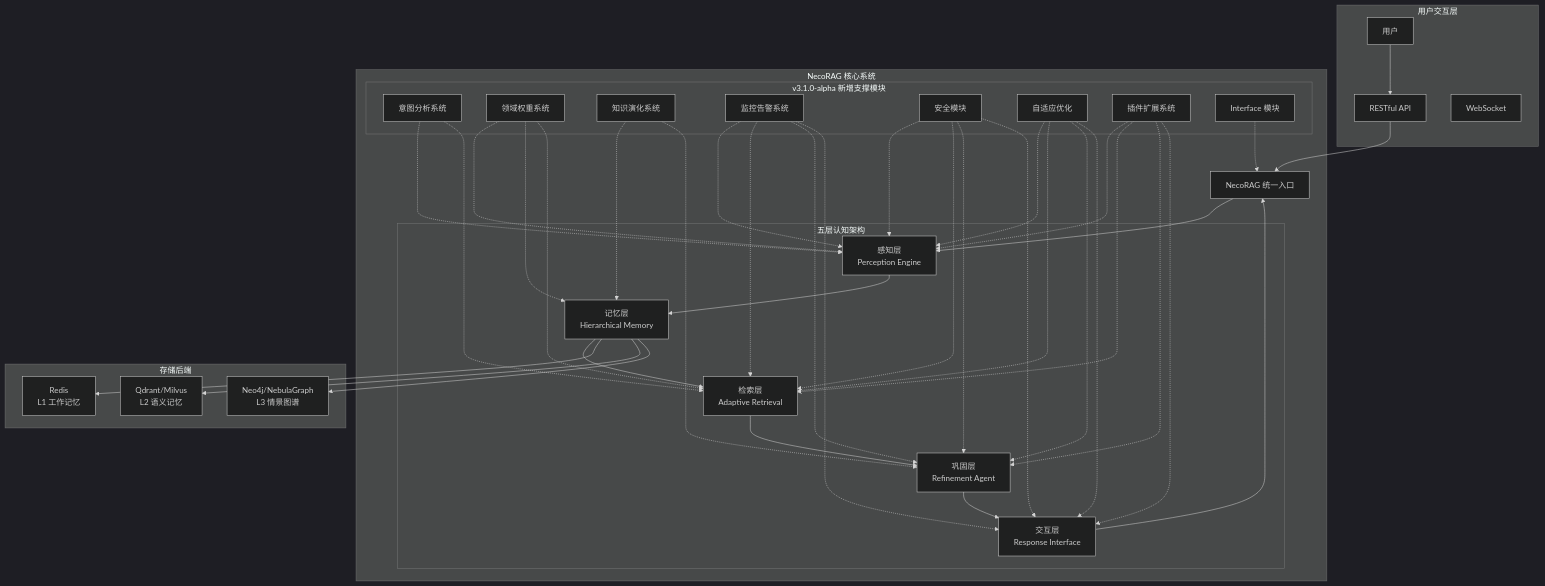
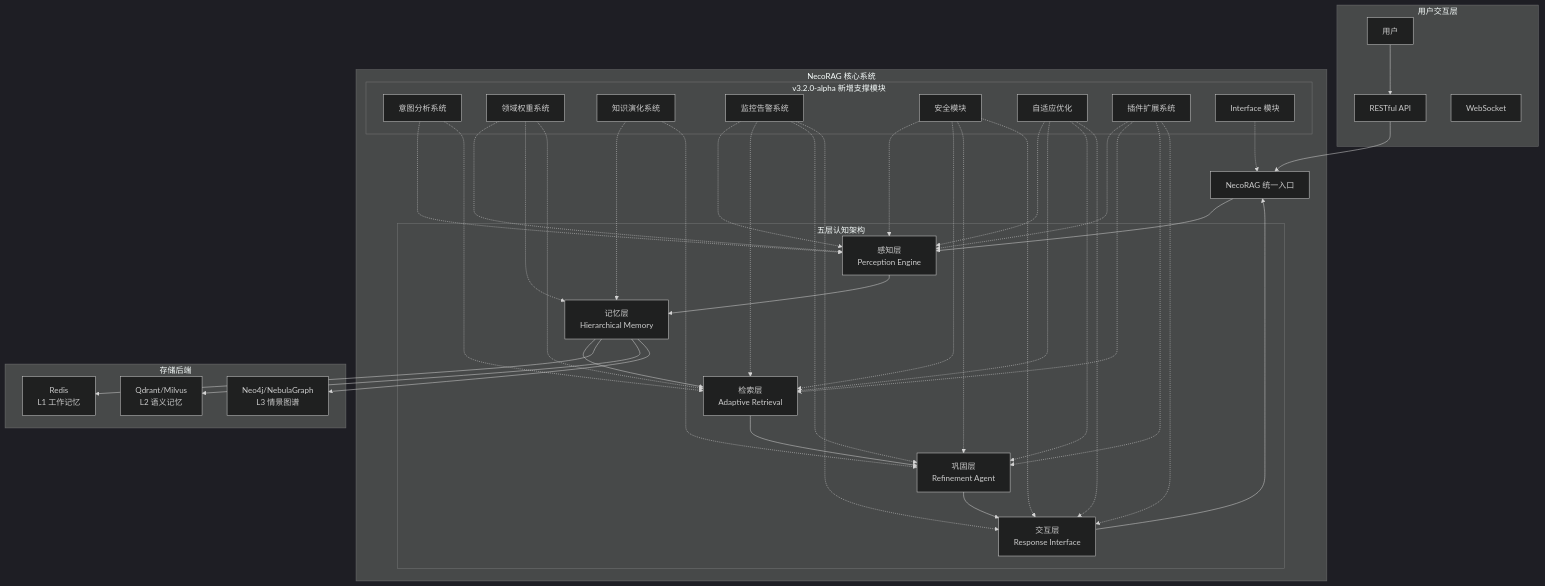
One commit to JieGaoPrinceton/NecoRAG changed the first of 10 diagrams in .qoder/repowiki/zh/content/项目概述/项目概述.md. Above: the diagram before and after it, drawn with Mermaid (dark theme). The commit also changed other lines of this file and 73 other files, not shown here.

````diff
--- a/.qoder/repowiki/zh/content/项目概述/项目概述.md
+++ b/.qoder/repowiki/zh/content/项目概述/项目概述.md
@@ -75,46 +75,46 @@
 ```mermaid
 graph TB
 subgraph "用户交互层"
 U["用户"]
 API["RESTful API"]
 WS["WebSocket"]
 end
 subgraph "NecoRAG 核心系统"
 NR["NecoRAG 统一入口"]
 subgraph "五层认知架构"
 L1["感知层<br/>Perception Engine"]
 L2["记忆层<br/>Hierarchical Memory"]
 L3["检索层<br/>Adaptive Retrieval"]
 L4["巩固层<br/>Refinement Agent"]
 L5["交互层<br/>Response Interface"]
 end
-subgraph "v3.1.0-alpha 新增支撑模块"
+subgraph "v3.2.0-alpha 新增支撑模块"
 INT["意图分析系统"]
 DOM["领域权重系统"]
 KE["知识演化系统"]
 MON["监控告警系统"]
 SEC["安全模块"]
 ADP["自适应优化"]
 PLG["插件扩展系统"]
 IFACE["Interface 模块"]
 end
 end
 subgraph "存储后端"
 RDS["Redis<br/>L1 工作记忆"]
 QDR["Qdrant/Milvus<br/>L2 语义记忆"]
 NEO["Neo4j/NebulaGraph<br/>L3 情景图谱"]
 end
 U --> API
 API --> NR
 NR --> L1 --> L2 --> L3 --> L4 --> L5
 L5 --> NR
 INT -.-> L1 & L3
 DOM -.-> L1 & L2 & L3
 KE -.-> L2 & L4
 MON -.-> L1 & L3 & L4 & L5
 SEC -.-> L1 & L3 & L4 & L5
 ADP -.-> L1 & L3 & L4 & L5
 PLG -.-> L1 & L3 & L4 & L5
 IFACE -.-> NR
 L2 --> RDS & QDR & NEO
 ```
````
